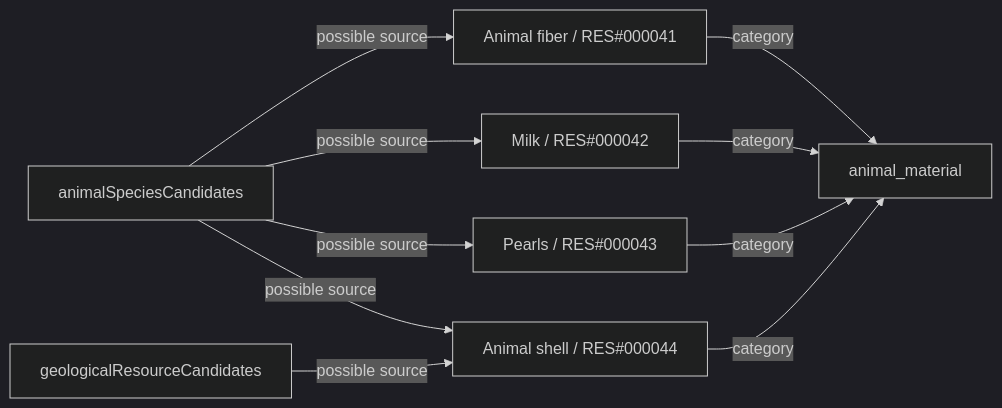
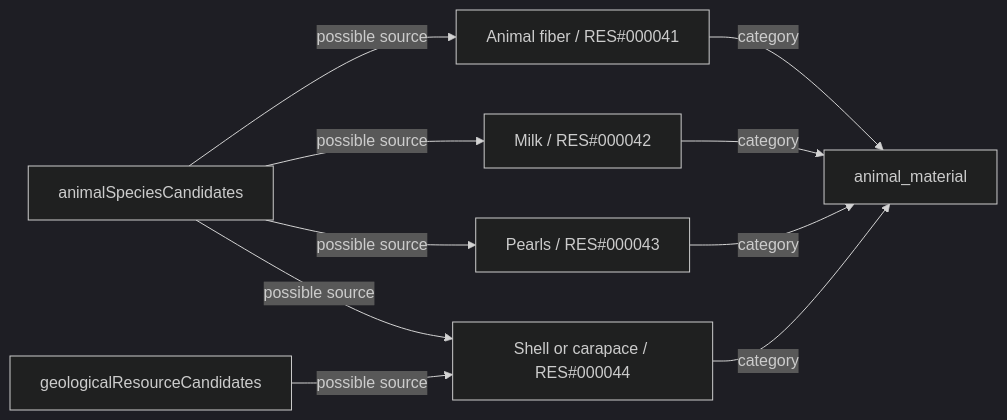
One commit to fgabo404/EvolveDoc changed diagram 11 of 37 in data/resources/DIAGRAMS.md. Above: the diagram before and after it, drawn with Mermaid (dark theme). The commit also changed other lines of this file and 44 other files, not shown here.

````diff
--- a/data/resources/DIAGRAMS.md
+++ b/data/resources/DIAGRAMS.md
@@ -334,19 +337,19 @@
 ```mermaid
 flowchart LR
     r0["Animal fiber / RES#000041"]
     k0["animal_material"]
     r0 -->|category| k0
     s0["animalSpeciesCandidates"]
     s0 -->|possible source| r0
     r1["Milk / RES#000042"]
     r1 -->|category| k0
     s0 -->|possible source| r1
     r2["Pearls / RES#000043"]
     r2 -->|category| k0
     s0 -->|possible source| r2
-    r3["Animal shell / RES#000044"]
+    r3["Shell or carapace / RES#000044"]
     r3 -->|category| k0
     s0 -->|possible source| r3
     s1["geologicalResourceCandidates"]
     s1 -->|possible source| r3
 ```
````
